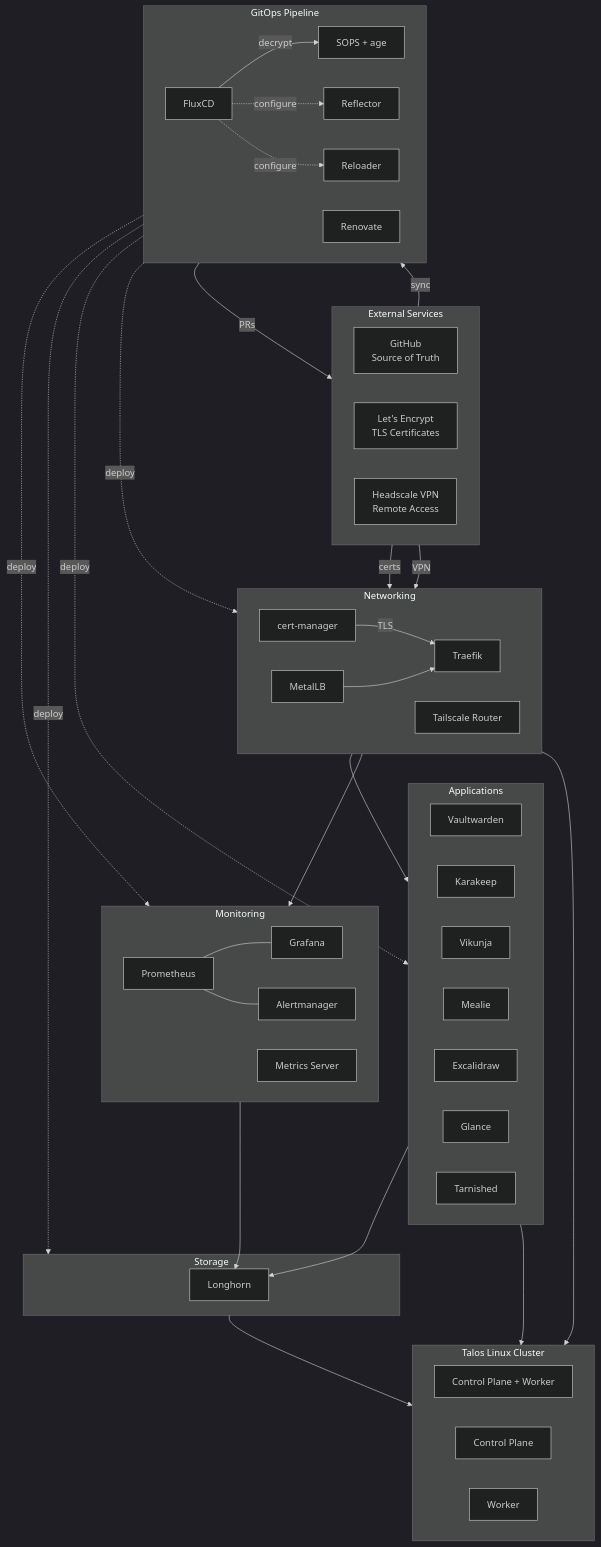
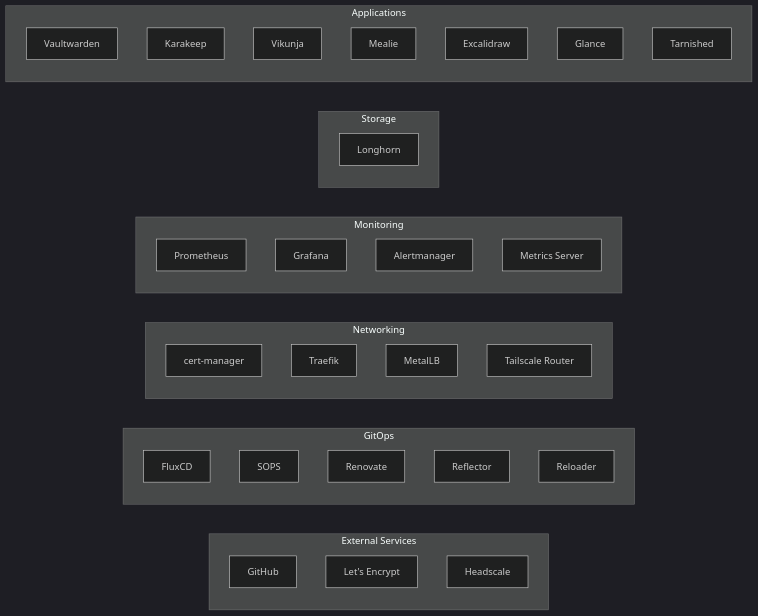
One commit to markoonakic/homelab changed the diagram in README.md. Above: the diagram before and after it, drawn with Mermaid (dark theme).

Commit message:
Simplify README diagram: remove cluster box and all arrows, just show component inventory by category

````diff
--- a/README.md
+++ b/README.md
@@ -15,86 +15,45 @@
 ```mermaid
-flowchart TD
+flowchart LR
 
     subgraph external["External Services"]
-        direction LR
-        github["GitHub<br/>Source of Truth"]
-        letsencrypt["Let's Encrypt<br/>TLS Certificates"]
-        headscale["Headscale VPN<br/>Remote Access"]
+        github[GitHub]
+        letsencrypt[Let's Encrypt]
+        headscale[Headscale]
     end
 
-    subgraph gitops["GitOps Pipeline"]
-        direction LR
-        flux["FluxCD"]
-        sops["SOPS + age"]
-        renovate["Renovate"]
-        reflector["Reflector"]
-        reloader["Reloader"]
+    subgraph gitops["GitOps"]
+        flux[FluxCD]
+        sops[SOPS]
+        renovate[Renovate]
+        reflector[Reflector]
+        reloader[Reloader]
     end
 
     subgraph net["Networking"]
-        direction LR
-        certmanager["cert-manager"]
-        traefik["Traefik"]
-        metallb["MetalLB"]
-        tailscale["Tailscale Router"]
+        certmanager[cert-manager]
+        traefik[Traefik]
+        metallb[MetalLB]
+        tailscale[Tailscale Router]
     end
 
     subgraph mon["Monitoring"]
-        direction LR
-        prometheus["Prometheus"]
-        grafana["Grafana"]
-        alertmanager["Alertmanager"]
-        metrics["Metrics Server"]
+        prometheus[Prometheus]
+        grafana[Grafana]
+        alertmanager[Alertmanager]
+        metrics[Metrics Server]
     end
 
     subgraph stor["Storage"]
-        longhorn["Longhorn"]
+        longhorn[Longhorn]
     end
 
     subgraph apps["Applications"]
-        direction LR
-        vaultwarden["Vaultwarden"]
-        karakeep["Karakeep"]
-        vikunja["Vikunja"]
-        mealie["Mealie"]
-        excalidraw["Excalidraw"]
-        glance["Glance"]
-        tarnished["Tarnished"]
+        vaultwarden[Vaultwarden]
+        karakeep[Karakeep]
+        vikunja[Vikunja]
+        mealie[Mealie]
+        excalidraw[Excalidraw]
+        glance[Glance]
+        tarnished[Tarnished]
     end
-
-    subgraph cluster["Talos Linux Cluster"]
-        direction LR
-        node1["Control Plane + Worker"]
-        node2["Control Plane"]
-        node3["Worker"]
-    end
-
-    renovate -->|PRs| github
-    github -->|sync| flux
-    flux -->|decrypt| sops
-
-    flux -.->|deploy| net
-    flux -.->|deploy| mon
-    flux -.->|deploy| stor
-    flux -.->|deploy| apps
-    flux -.->|configure| reflector
-    flux -.->|configure| reloader
-
-    letsencrypt -->|certs| certmanager
-    certmanager -->|TLS| traefik
-
-    headscale -->|VPN| traefik
-    metallb --> traefik
-    traefik --> apps
-    traefik --> mon
-
-    prometheus --- grafana
-    prometheus --- alertmanager
-
-    apps --> longhorn
-    mon --> longhorn
-
-    net --> cluster
-    stor --> cluster
-    apps --> cluster
 ```
````
